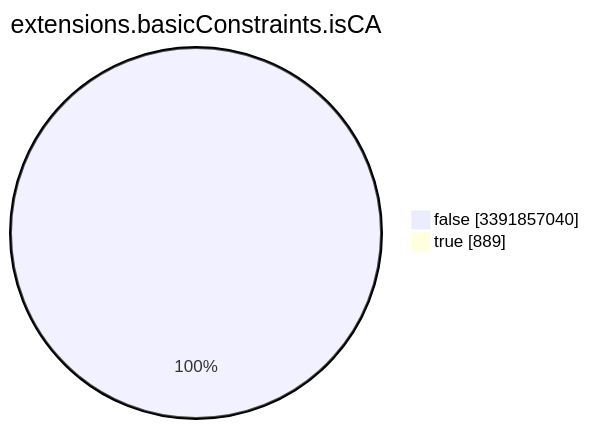
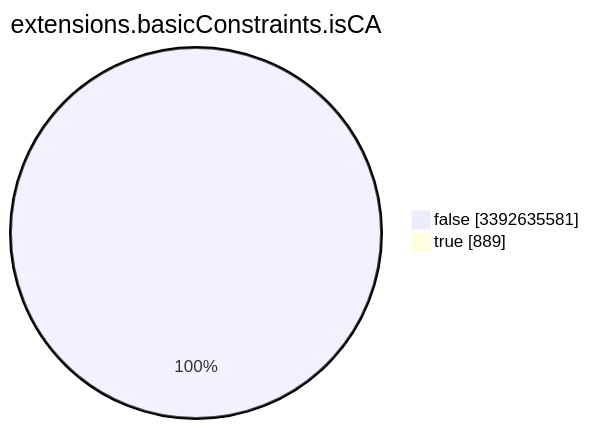
One commit to christiankrug/ctmonitor_visualization changed the seventh of 15 diagrams in TOTAL/README.md. Above: the diagram before and after it, drawn with Mermaid. The commit also changed other lines of this file, not shown here.

````diff
--- a/TOTAL/README.md
+++ b/TOTAL/README.md
@@ -3090,6 +3090,6 @@
 ```mermaid
 pie showData
 title extensions.basicConstraints.isCA
-"false" :3391857040
+"false" :3392635581
 "true" :889
 ```
````
